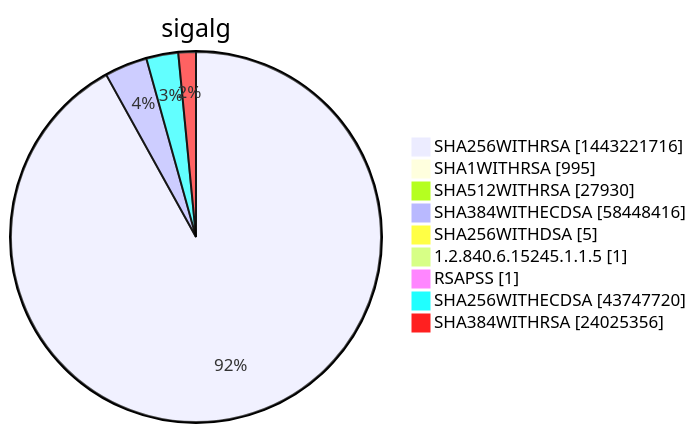
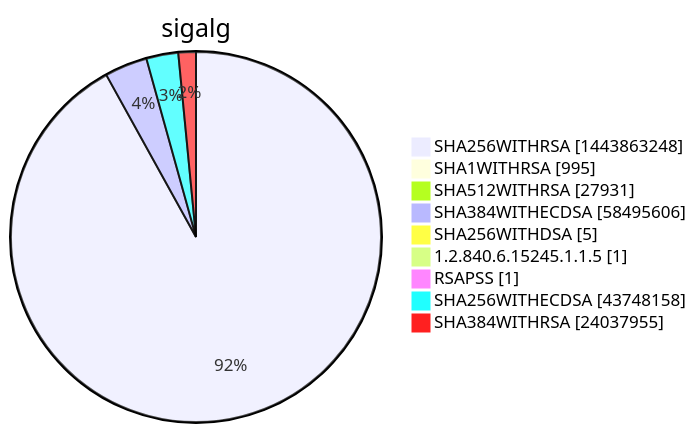
Before and after one commit to christiankrug/ctmonitor_visualization: diagram 15 of 15 in xenon2022/README.md, drawn with Mermaid. The commit also changed other lines of this file, not shown here.

````diff
--- a/xenon2022/README.md
+++ b/xenon2022/README.md
@@ -5861,13 +5861,13 @@
 ```mermaid
 pie showData
 title sigalg
-"SHA256WITHRSA" :1443221716
+"SHA256WITHRSA" :1443863248
 "SHA1WITHRSA" :995
-"SHA512WITHRSA" :27930
-"SHA384WITHECDSA" :58448416
+"SHA512WITHRSA" :27931
+"SHA384WITHECDSA" :58495606
 "SHA256WITHDSA" :5
 "1.2.840.6.15245.1.1.5" :1
 "RSAPSS" :1
-"SHA256WITHECDSA" :43747720
-"SHA384WITHRSA" :24025356
+"SHA256WITHECDSA" :43748158
+"SHA384WITHRSA" :24037955
 ```
````
